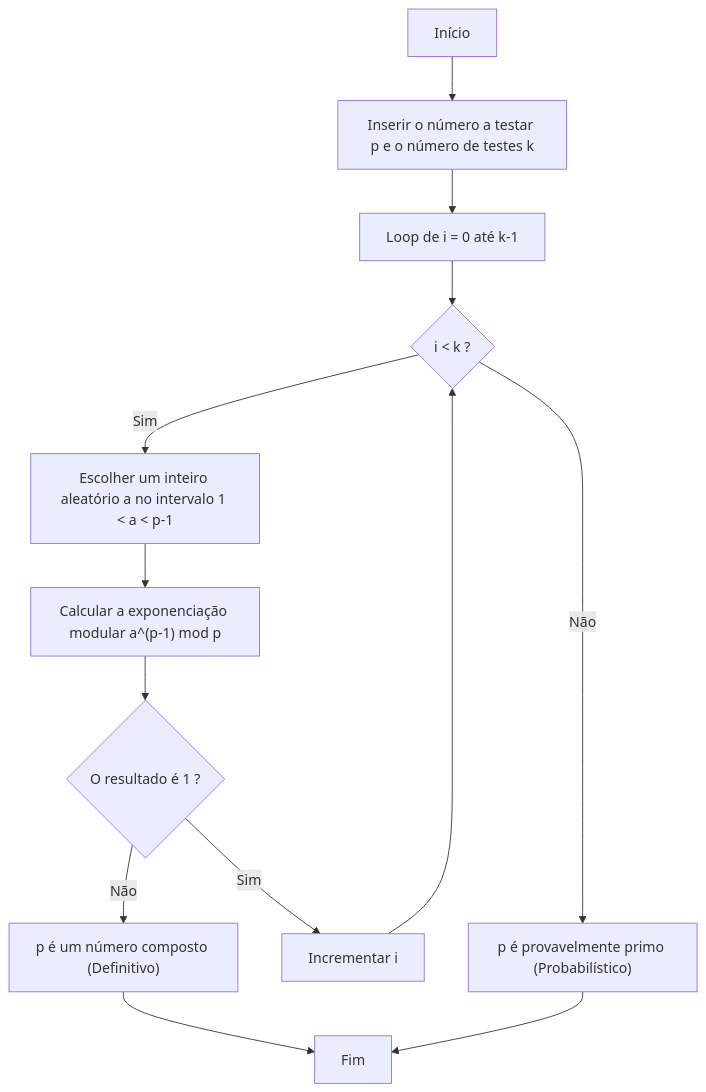
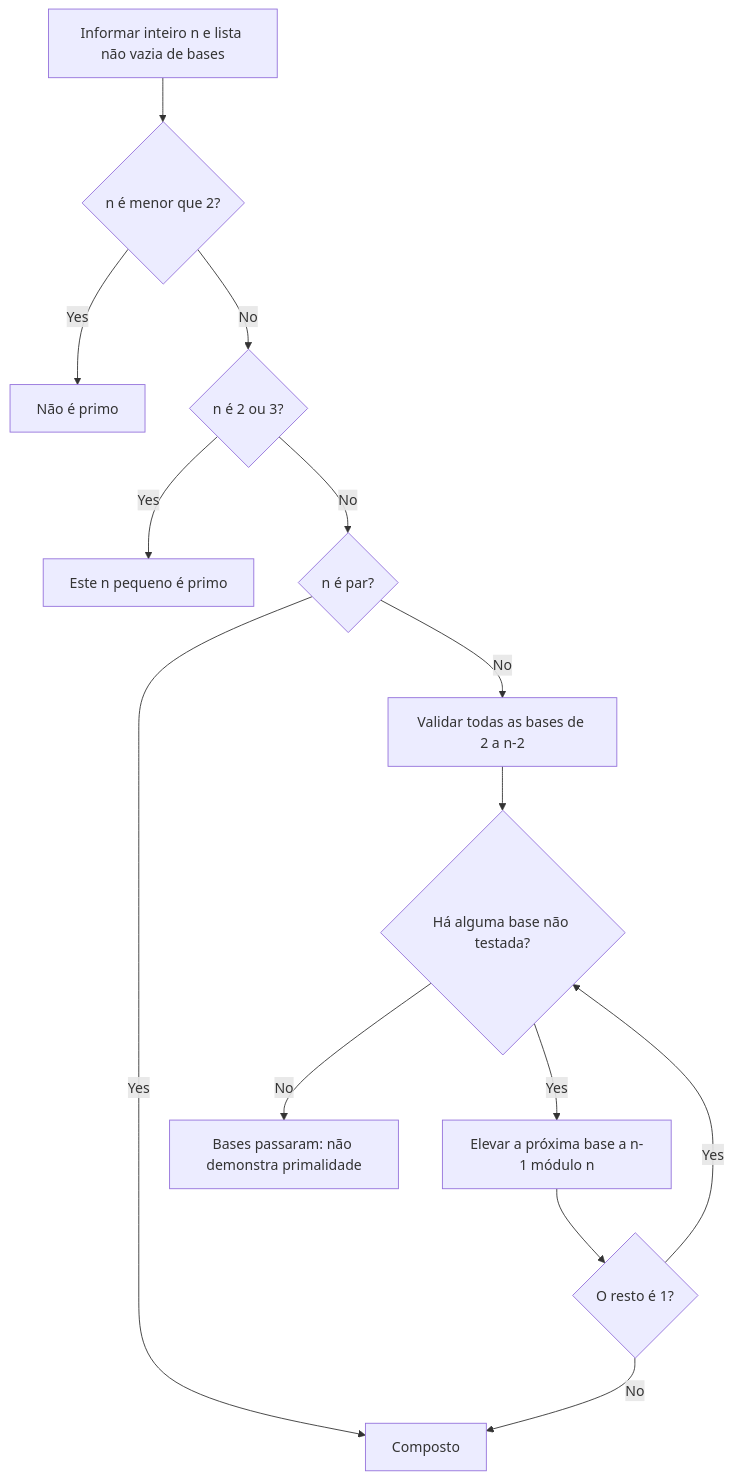
The first of 2 diagrams in content/post/フェルマーの小定理と暗号化/index.pt.md (kenjinote/blog), drawn with Mermaid before and after one commit. The commit also changed other lines of this file and 5 other files, not shown here.

````diff
--- a/content/post/フェルマーの小定理と暗号化/index.pt.md
+++ b/content/post/フェルマーの小定理と暗号化/index.pt.md
@@ -156,15 +70,16 @@
 ```mermaid
 flowchart TD
-    Start["Início"] --> Input["Inserir o número a testar p e o número de testes k"]
-    Input --> LoopStart["Loop de i = 0 até k-1"]
-    LoopStart --> Condition{"i < k ?"}
-    Condition -- Sim --> RandomA["Escolher um inteiro aleatório a no intervalo 1 < a < p-1"]
-    RandomA --> Calc["Calcular a exponenciação modular a^(p-1) mod p"]
-    Calc --> CheckPrime{"O resultado é 1 ?"}
-    CheckPrime -- Não --> ReturnComposite["p é um número composto (Definitivo)"]
-    CheckPrime -- Sim --> Increment["Incrementar i"]
-    Increment --> Condition
-    Condition -- Não --> ReturnPrime["p é provavelmente primo (Probabilístico)"]
-    ReturnComposite --> End["Fim"]
-    ReturnPrime --> End
+    Input["Informar inteiro n e lista não vazia de bases"] --> Small{"n é menor que 2?"}
+    Small -- Yes --> NotPrime["Não é primo"]
+    Small -- No --> Tiny{"n é 2 ou 3?"}
+    Tiny -- Yes --> Known["Este n pequeno é primo"]
+    Tiny -- No --> Even{"n é par?"}
+    Even -- Yes --> Composite["Composto"]
+    Even -- No --> Validate["Validar todas as bases de 2 a n-2"]
+    Validate --> Next{"Há alguma base não testada?"}
+    Next -- Yes --> Power["Elevar a próxima base a n-1 módulo n"]
+    Power --> Check{"O resto é 1?"}
+    Check -- No --> Composite
+    Check -- Yes --> Next
+    Next -- No --> Pass["Bases passaram: não demonstra primalidade"]
 ```
````
